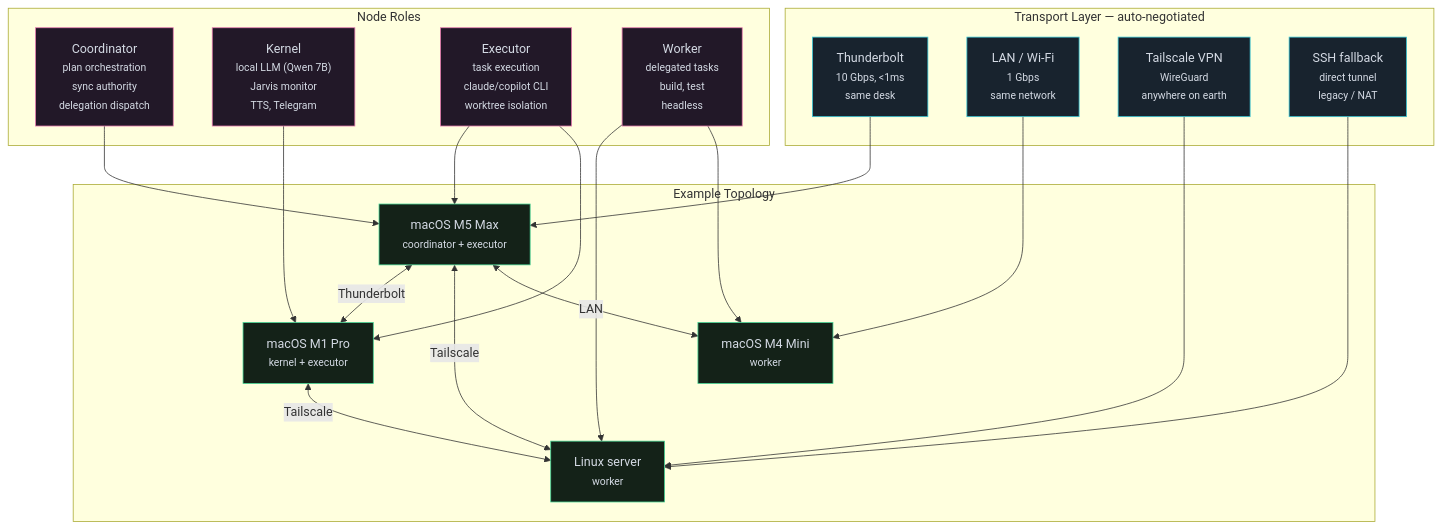
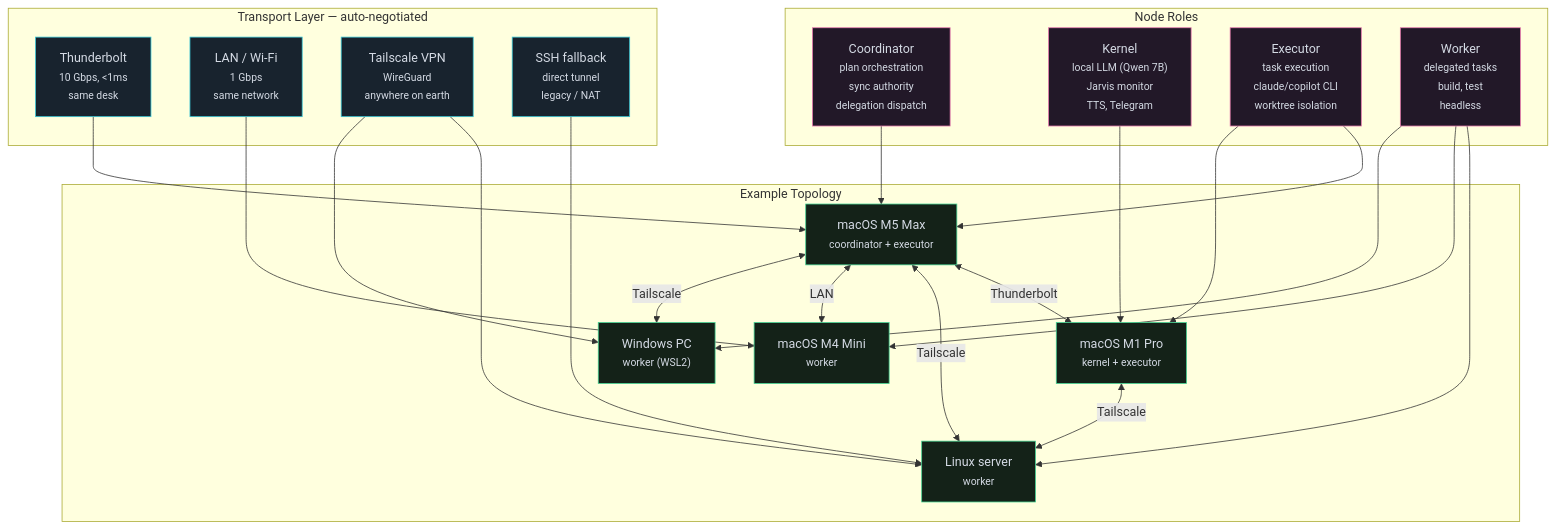
The third of 4 diagrams in README.md (Roberdan/ConvergioPlatform), drawn with Mermaid before and after one commit. The commit also changed other lines of this file, not shown here.

First line of the commit message:
docs: add Windows worker, Telegram mobile, voice, correct bandwidth

````diff
--- a/README.md
+++ b/README.md
@@ -286,48 +288,52 @@
 ```mermaid
 graph TB
     subgraph TRANSPORT["Transport Layer — auto-negotiated"]
         TB["Thunderbolt<br><small>10 Gbps, <1ms<br>same desk</small>"]
         LAN["LAN / Wi-Fi<br><small>1 Gbps<br>same network</small>"]
         TS["Tailscale VPN<br><small>WireGuard<br>anywhere on earth</small>"]
         SSH["SSH fallback<br><small>direct tunnel<br>legacy / NAT</small>"]
     end
 
     subgraph ROLES["Node Roles"]
         COORD["Coordinator<br><small>plan orchestration<br>sync authority<br>delegation dispatch</small>"]
         KERNEL["Kernel<br><small>local LLM (Qwen 7B)<br>Jarvis monitor<br>TTS, Telegram</small>"]
         EXECUTOR["Executor<br><small>task execution<br>claude/copilot CLI<br>worktree isolation</small>"]
         WORKER["Worker<br><small>delegated tasks<br>build, test<br>headless</small>"]
     end
 
     subgraph NODES["Example Topology"]
         N1["macOS M5 Max<br><small>coordinator + executor</small>"]
         N2["macOS M1 Pro<br><small>kernel + executor</small>"]
         N3["Linux server<br><small>worker</small>"]
         N4["macOS M4 Mini<br><small>worker</small>"]
+        N5["Windows PC<br><small>worker (WSL2)</small>"]
     end
 
     N1 <-- "Thunderbolt" --> N2
     N1 <-- "Tailscale" --> N3
     N1 <-- "LAN" --> N4
+    N1 <-- "Tailscale" --> N5
     N2 <-- "Tailscale" --> N3
 
     TB --> N1
     LAN --> N4
     TS --> N3
+    TS --> N5
     SSH --> N3
 
     COORD --> N1
     KERNEL --> N2
     EXECUTOR --> N1
     EXECUTOR --> N2
     WORKER --> N3
     WORKER --> N4
+    WORKER --> N5
 
     classDef transport fill:#18232e,stroke:#38c8d8,color:#d4dae4
     classDef role fill:#221828,stroke:#e87ab0,color:#d4dae4
     classDef node fill:#142218,stroke:#42d392,color:#d4dae4
 
     class TB,LAN,TS,SSH transport
     class COORD,KERNEL,EXECUTOR,WORKER role
-    class N1,N2,N3,N4 node
+    class N1,N2,N3,N4,N5 node
 ```
````
